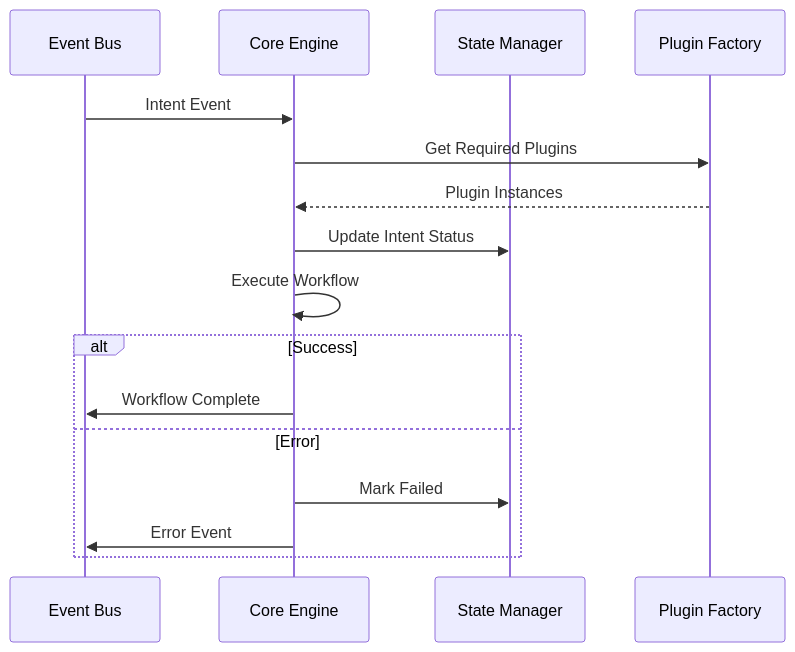
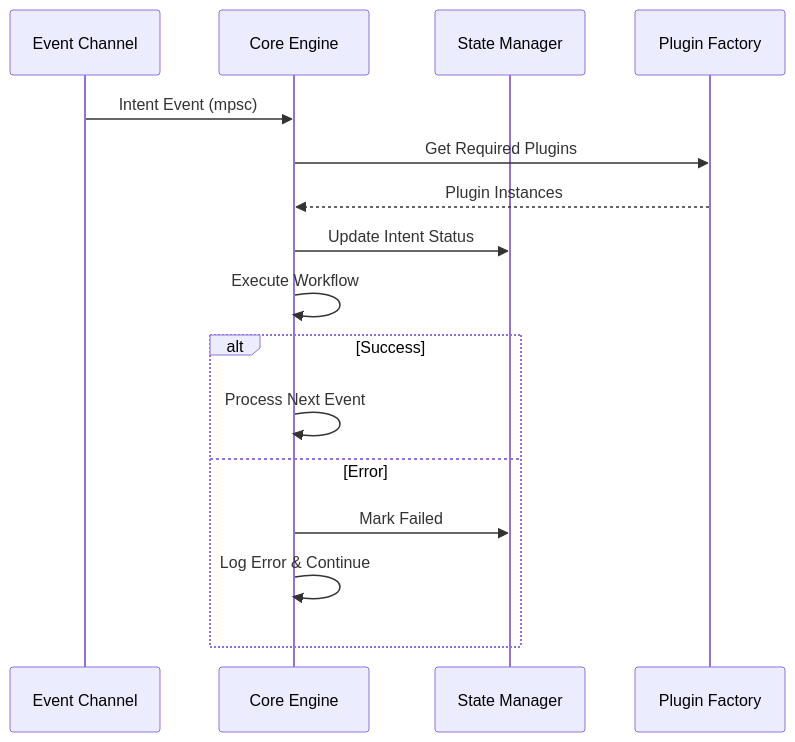
Before and after one commit to shahnami/oif-solver: the second of 6 diagrams in ARCHITECTURE_PROPOSAL.md, drawn with Mermaid. The commit also changed 3 other files, not shown here.

````diff
--- a/ARCHITECTURE_PROPOSAL.md
+++ b/ARCHITECTURE_PROPOSAL.md
@@ -73,21 +73,21 @@
 ```mermaid
 sequenceDiagram
-    participant Event as Event Bus
+    participant Channel as Event Channel
     participant Core as Core Engine
     participant State as State Manager
     participant Plugin as Plugin Factory
 
-    Event->>Core: Intent Event
+    Channel->>Core: Intent Event (mpsc)
     Core->>Plugin: Get Required Plugins
     Plugin-->>Core: Plugin Instances
 
     Core->>State: Update Intent Status
     Core->>Core: Execute Workflow
 
     alt Success
-        Core->>Event: Workflow Complete
+        Core->>Core: Process Next Event
     else Error
         Core->>State: Mark Failed
-        Core->>Event: Error Event
+        Core->>Core: Log Error & Continue
     end
 ```
````
